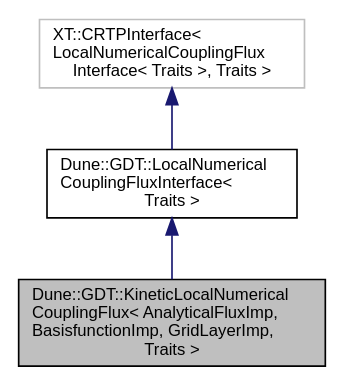
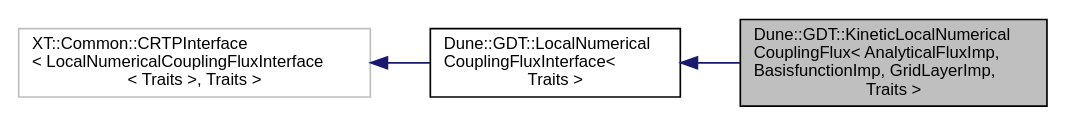
The diagram in docs/dune-gdt/master/a01232.dot (dune-community/dune-community.github.io), drawn with Graphviz before and after one commit. The commit also changed 1147 other files, not shown here.

```diff
--- a/docs/dune-gdt/master/a01232.dot
+++ b/docs/dune-gdt/master/a01232.dot
@@ -1,10 +1,11 @@
 digraph "Dune::GDT::KineticLocalNumericalCouplingFlux&lt; AnalyticalFluxImp, BasisfunctionImp, GridLayerImp, Traits &gt;"
 {
   edge [fontname="Helvetica",fontsize="10",labelfontname="Helvetica",labelfontsize="10"];
   node [fontname="Helvetica",fontsize="10",shape=record];
+  rankdir="LR";
   Node0 [label="Dune::GDT::KineticLocalNumerical\lCouplingFlux\< AnalyticalFluxImp,\l BasisfunctionImp, GridLayerImp,\l Traits \>",height=0.2,width=0.4,color="black", fillcolor="grey75", style="filled", fontcolor="black"];
   Node1 -> Node0 [dir="back",color="midnightblue",fontsize="10",style="solid",fontname="Helvetica"];
   Node1 [label="Dune::GDT::LocalNumerical\lCouplingFluxInterface\<\l Traits \>",height=0.2,width=0.4,color="black", fillcolor="white", style="filled",URL="$a01225.html"];
   Node2 -> Node1 [dir="back",color="midnightblue",fontsize="10",style="solid",fontname="Helvetica"];
-  Node2 [label="XT::CRTPInterface\<\l LocalNumericalCouplingFlux\lInterface\< Traits \>, Traits \>",height=0.2,width=0.4,color="grey75", fillcolor="white", style="filled"];
+  Node2 [label="XT::Common::CRTPInterface\l\< LocalNumericalCouplingFluxInterface\l\< Traits \>, Traits \>",height=0.2,width=0.4,color="grey75", fillcolor="white", style="filled"];
 }
```
